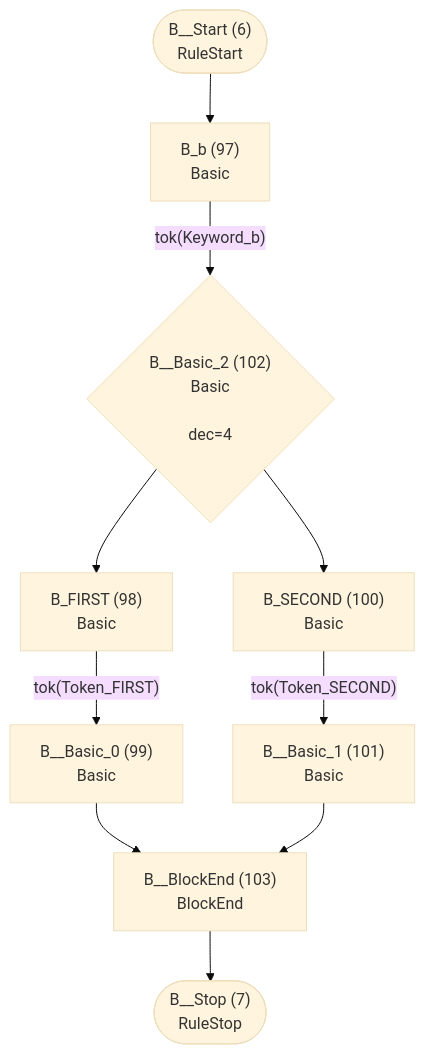
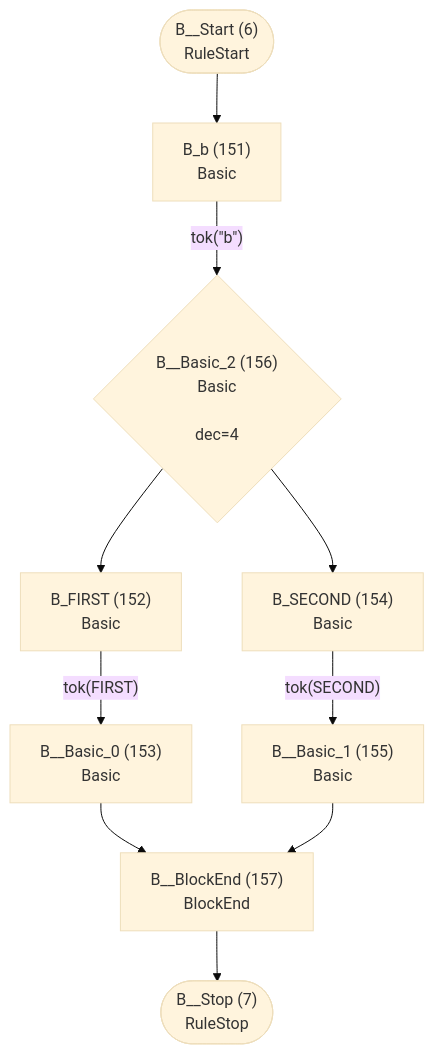
Before and after one commit to TypeFox/fastbelt: the fourth of 41 diagrams in internal/languages/completion/atn.md, drawn with Mermaid (base theme). The commit also changed other lines of this file and 36 other files, not shown here.

````diff
--- a/internal/languages/completion/atn.md
+++ b/internal/languages/completion/atn.md
@@ -155,22 +200,22 @@
 ```mermaid
 flowchart TD
     q6(["B__Start (6)<br/>RuleStart"])
     q7(["B__Stop (7)<br/>RuleStop"])
-    q97["B_b (97)<br/>Basic<br/>"]
-    q98["B_FIRST (98)<br/>Basic<br/>"]
-    q99["B__Basic_0 (99)<br/>Basic<br/>"]
-    q100["B_SECOND (100)<br/>Basic<br/>"]
-    q101["B__Basic_1 (101)<br/>Basic<br/>"]
-    q102{"B__Basic_2 (102)<br/>Basic<br/><br/>dec=4"}
-    q103["B__BlockEnd (103)<br/>BlockEnd<br/>"]
+    q151["B_b (151)<br/>Basic<br/>"]
+    q152["B_FIRST (152)<br/>Basic<br/>"]
+    q153["B__Basic_0 (153)<br/>Basic<br/>"]
+    q154["B_SECOND (154)<br/>Basic<br/>"]
+    q155["B__Basic_1 (155)<br/>Basic<br/>"]
+    q156{"B__Basic_2 (156)<br/>Basic<br/><br/>dec=4"}
+    q157["B__BlockEnd (157)<br/>BlockEnd<br/>"]
 
-    q6 --> q97
-    q97 -->|"tok(Keyword_b)"| q102
-    q98 -->|"tok(Token_FIRST)"| q99
-    q99 --> q103
-    q100 -->|"tok(Token_SECOND)"| q101
-    q101 --> q103
-    q102 --> q98
-    q102 --> q100
-    q103 --> q7
+    q6 --> q151
+    q151 -->|"tok(&quot;b&quot;)"| q156
+    q152 -->|"tok(FIRST)"| q153
+    q153 --> q157
+    q154 -->|"tok(SECOND)"| q155
+    q155 --> q157
+    q156 --> q152
+    q156 --> q154
+    q157 --> q7
 ```
````
